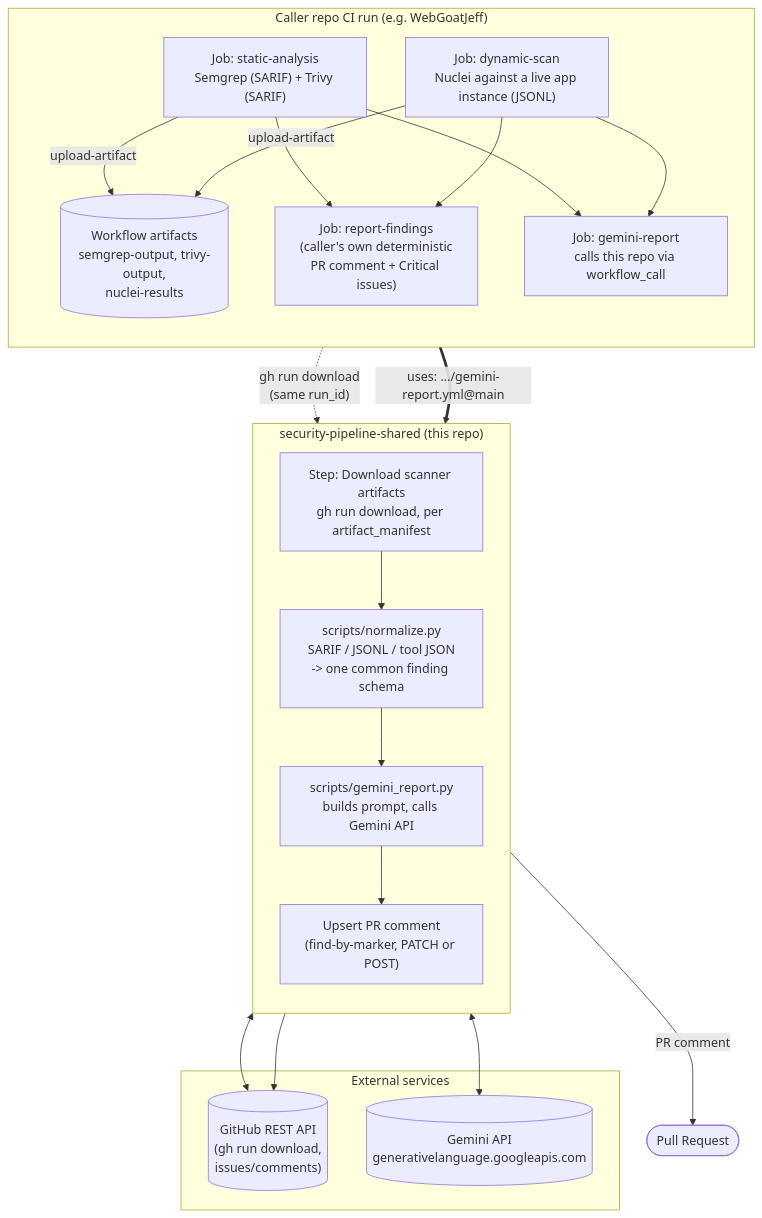
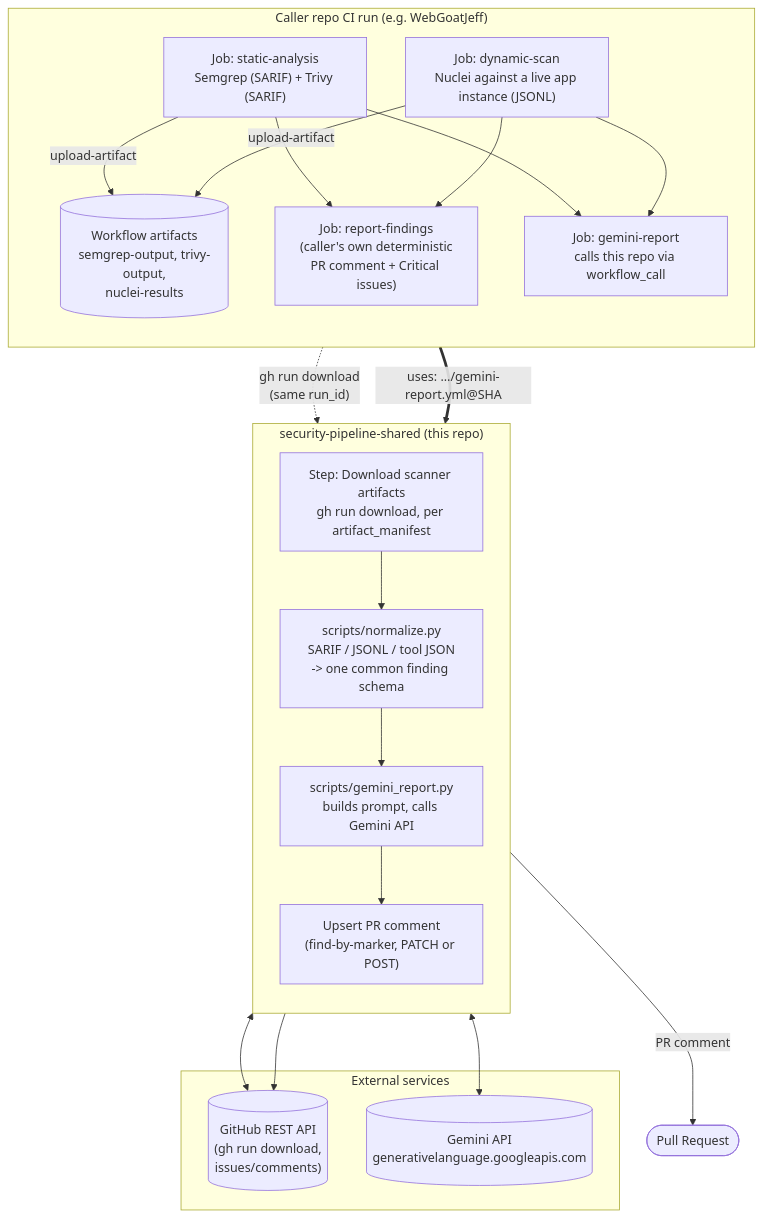
Before and after one commit to jeffdecastro/security-pipeline-shared: the first of 2 diagrams in README.md, drawn with Mermaid. The commit also changed other lines of this file and 4 other files, not shown here.

````diff
--- a/README.md
+++ b/README.md
@@ -84,40 +87,40 @@
 ```mermaid
 flowchart TB
     subgraph CALLER["Caller repo CI run (e.g. WebGoatJeff)"]
         direction TB
         SA["Job: static-analysis\nSemgrep (SARIF) + Trivy (SARIF)"]
         DS["Job: dynamic-scan\nNuclei against a live app instance (JSONL)"]
         ART[("Workflow artifacts\nsemgrep-output, trivy-output,\nnuclei-results")]
         RF["Job: report-findings\n(caller's own deterministic\nPR comment + Critical issues)"]
         GR["Job: gemini-report\ncalls this repo via workflow_call"]
 
         SA -->|upload-artifact| ART
         DS -->|upload-artifact| ART
         SA --> RF
         DS --> RF
         SA --> GR
         DS --> GR
     end
 
     subgraph SHARED["security-pipeline-shared (this repo)"]
         direction TB
         FETCH["Step: Download scanner artifacts\ngh run download, per artifact_manifest"]
         NORM["scripts/normalize.py\nSARIF / JSONL / tool JSON\n-> one common finding schema"]
         GEMINI["scripts/gemini_report.py\nbuilds prompt, calls Gemini API"]
         UPSERT["Upsert PR comment\n(find-by-marker, PATCH or POST)"]
 
         FETCH --> NORM --> GEMINI --> UPSERT
     end
 
     subgraph EXTERNAL["External services"]
         GH[("GitHub REST API\n(gh run download,\nissues/comments)")]
         GAPI[("Gemini API\ngenerativelanguage.googleapis.com")]
     end
 
     ART -.->|"gh run download\n(same run_id)"| FETCH
-    GR ==>|"uses: .../gemini-report.yml@main"| FETCH
+    GR ==>|"uses: .../gemini-report.yml@SHA"| FETCH
     FETCH <--> GH
     GEMINI <--> GAPI
     UPSERT --> GH
     UPSERT -->|"PR comment"| PR(["Pull Request"])
 ```
````
